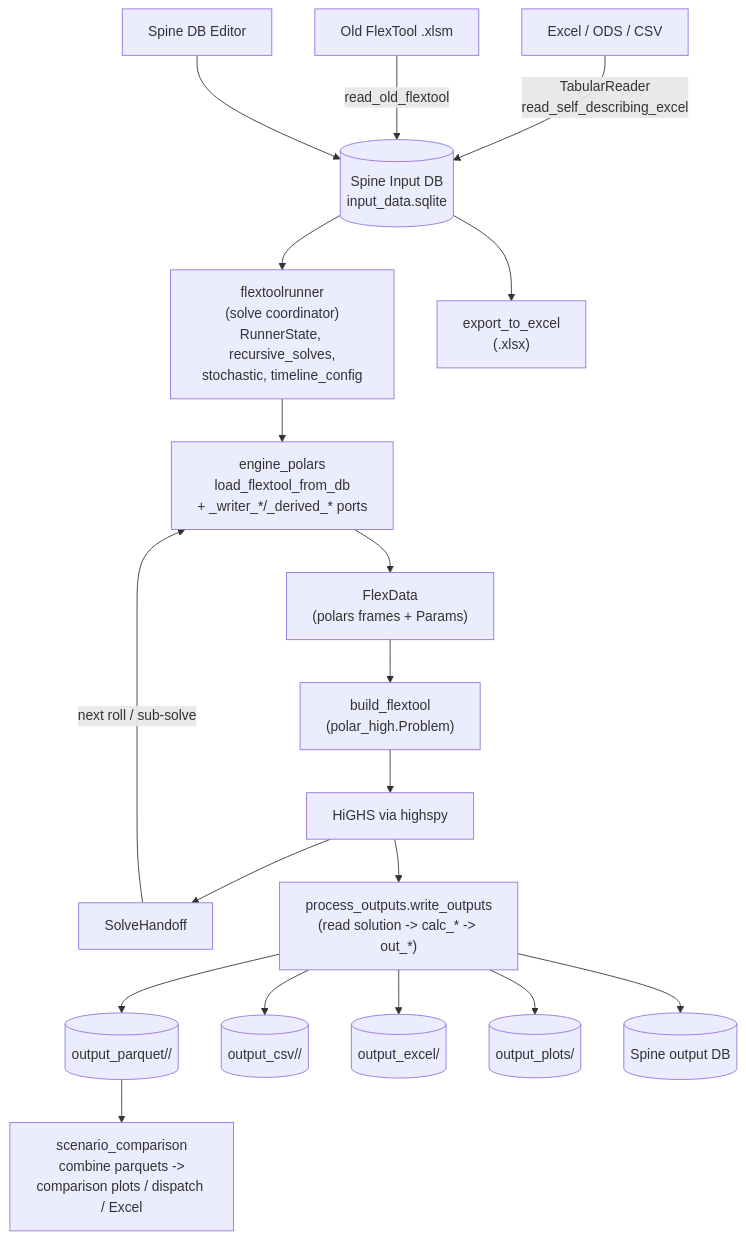
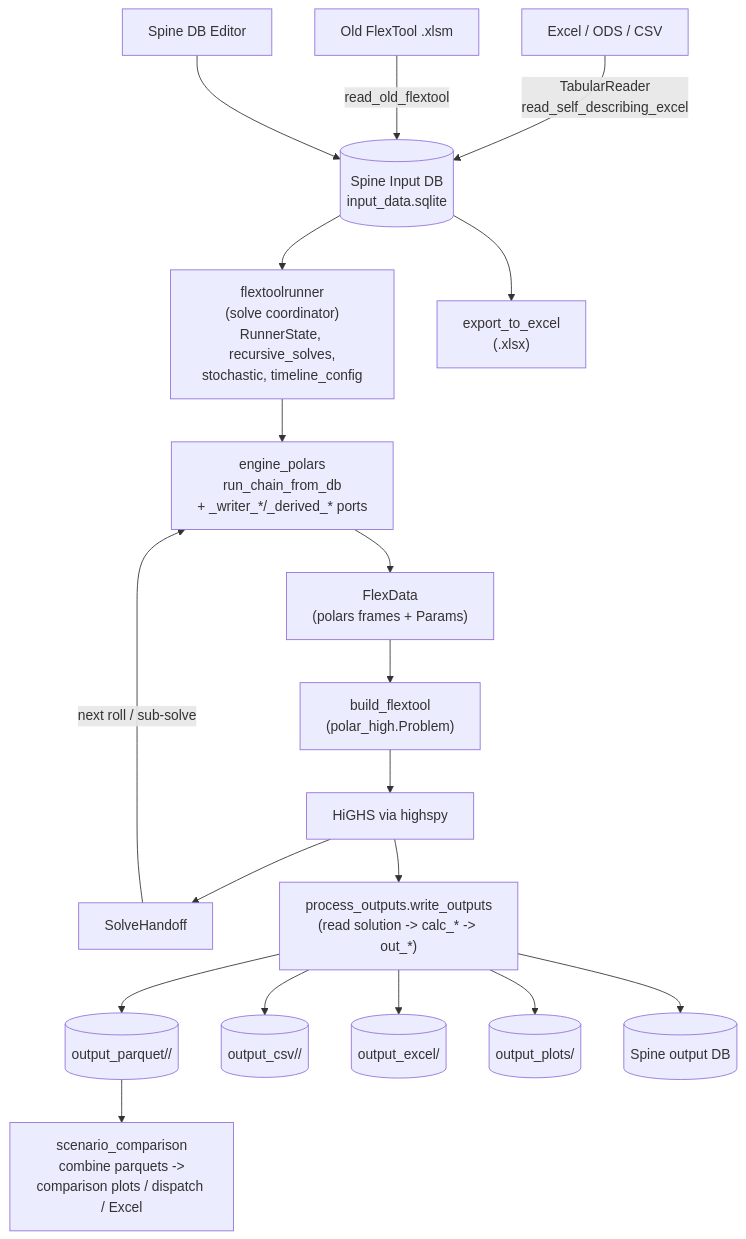
One commit to irena-flextool/flextool changed the third of 3 diagrams in docs/dev/architecture.md. Above: the diagram before and after it, drawn with Mermaid. The commit also changed other lines of this file and 13 other files, not shown here.

````diff
--- a/docs/dev/architecture.md
+++ b/docs/dev/architecture.md
@@ -477,25 +474,25 @@
 ```mermaid
 flowchart TD
   excel["Excel / ODS / CSV"] -->|TabularReader<br/>read_self_describing_excel| db
   oldxlsm["Old FlexTool .xlsm"] -->|read_old_flextool| db
   manual["Spine DB Editor"] --> db[("Spine Input DB<br/>input_data.sqlite")]
 
   db --> runner["flextoolrunner<br/>(solve coordinator)<br/>RunnerState, recursive_solves,<br/>stochastic, timeline_config"]
   db --> excel_out["export_to_excel<br/>(.xlsx)"]
 
-  runner --> engine["engine_polars<br/>load_flextool_from_db<br/>+ _writer_*/_derived_* ports"]
+  runner --> engine["engine_polars<br/>run_chain_from_db<br/>+ _writer_*/_derived_* ports"]
   engine --> flexdata["FlexData<br/>(polars frames + Params)"]
   flexdata --> build["build_flextool<br/>(polar_high.Problem)"]
   build --> solve["HiGHS via highspy"]
   solve --> handoff["SolveHandoff"]
   handoff -->|next roll / sub-solve| engine
 
   solve --> outputs["process_outputs.write_outputs<br/>(read solution -> calc_* -> out_*)"]
   outputs --> parquet[("output_parquet/<scenario>/")]
   outputs --> csv[("output_csv/<scenario>/")]
   outputs --> xlsx[("output_excel/")]
   outputs --> plots[("output_plots/")]
   outputs --> spinedb[("Spine output DB")]
 
   parquet --> comp["scenario_comparison<br/>combine parquets -><br/>comparison plots / dispatch / Excel"]
 ```
````
